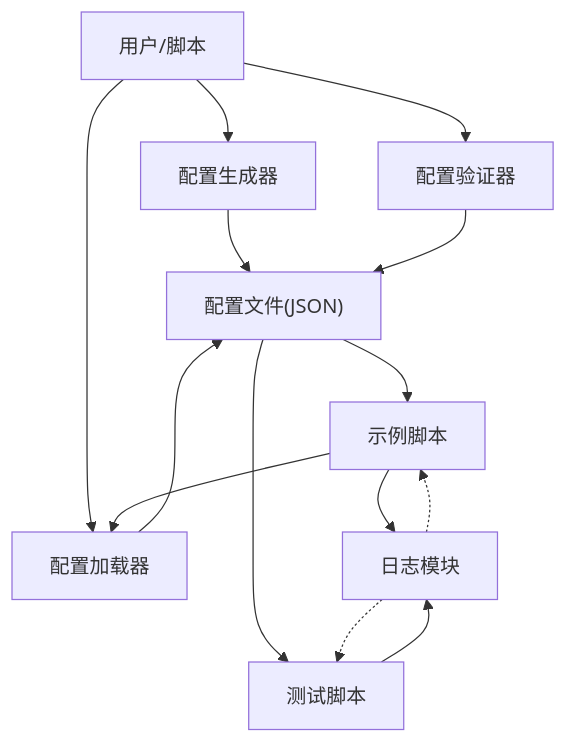
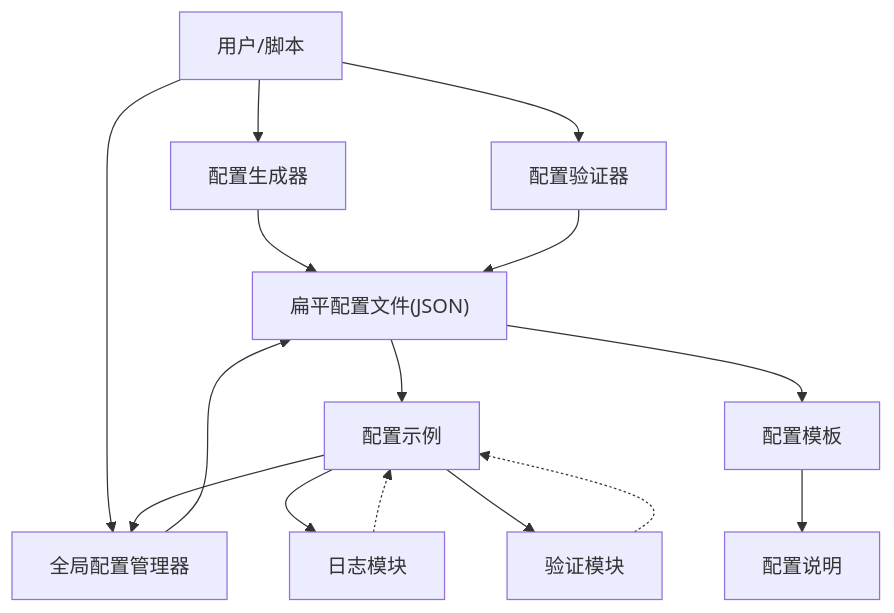
One commit to bench-prog/backtrader changed the second of 9 diagrams in .qoder/repowiki/zh/content/实盘交易模块/Binance交易所集成/工具函数库.md. Above: the diagram before and after it, drawn with Mermaid. The commit also changed other lines of this file and 4 other files, not shown here.

````diff
--- a/.qoder/repowiki/zh/content/实盘交易模块/Binance交易所集成/工具函数库.md
+++ b/.qoder/repowiki/zh/content/实盘交易模块/Binance交易所集成/工具函数库.md
@@ -136,16 +113,17 @@
 ```mermaid
 graph TB
 U["用户/脚本"] --> CG["配置生成器"]
 U --> CV["配置验证器"]
-U --> CL["配置加载器"]
-CG --> CFG["配置文件(JSON)"]
+U --> GC["全局配置管理器"]
+CG --> CFG["扁平配置文件(JSON)"]
 CV --> CFG
-CL --> CFG
-EX["示例脚本"] --> CL
-EX --> LOG["日志模块"]
-TST["测试脚本"] --> LOG
+GC --> CFG
+EX["配置示例"] --> GC
+EX --> L["日志模块"]
+EX --> V["验证模块"]
 CFG --> EX
-CFG --> TST
-LOG -.-> EX
-LOG -.-> TST
+CFG --> TPL["配置模板"]
+TPL --> CS["配置说明"]
+L -.-> EX
+V -.-> EX
 ```
````
